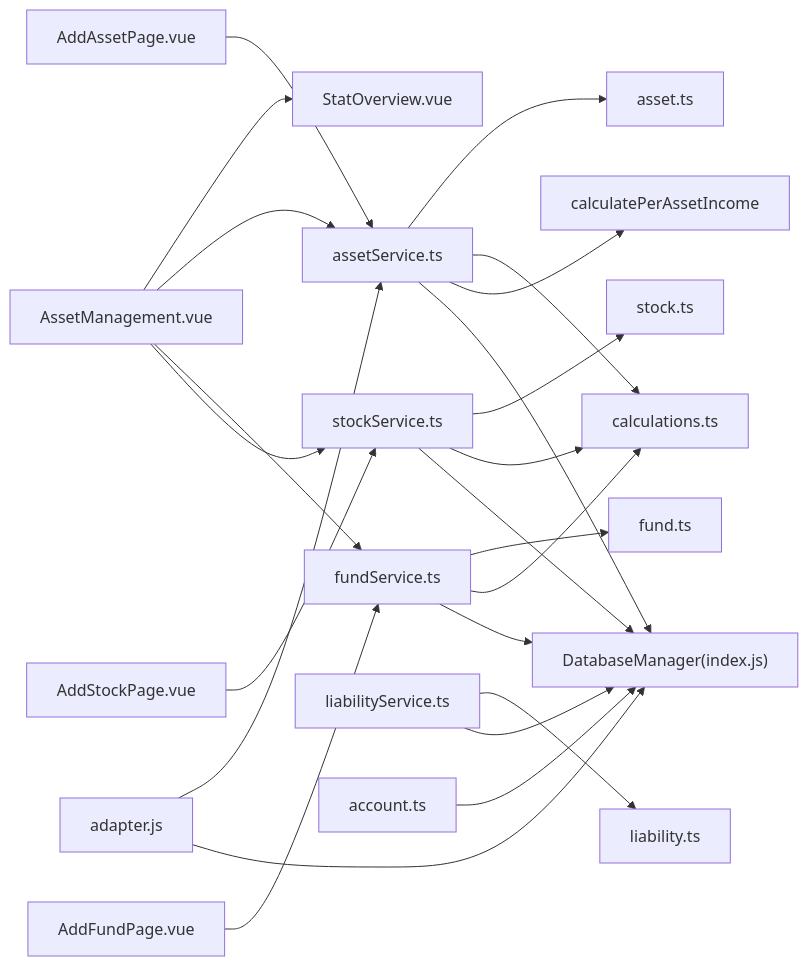
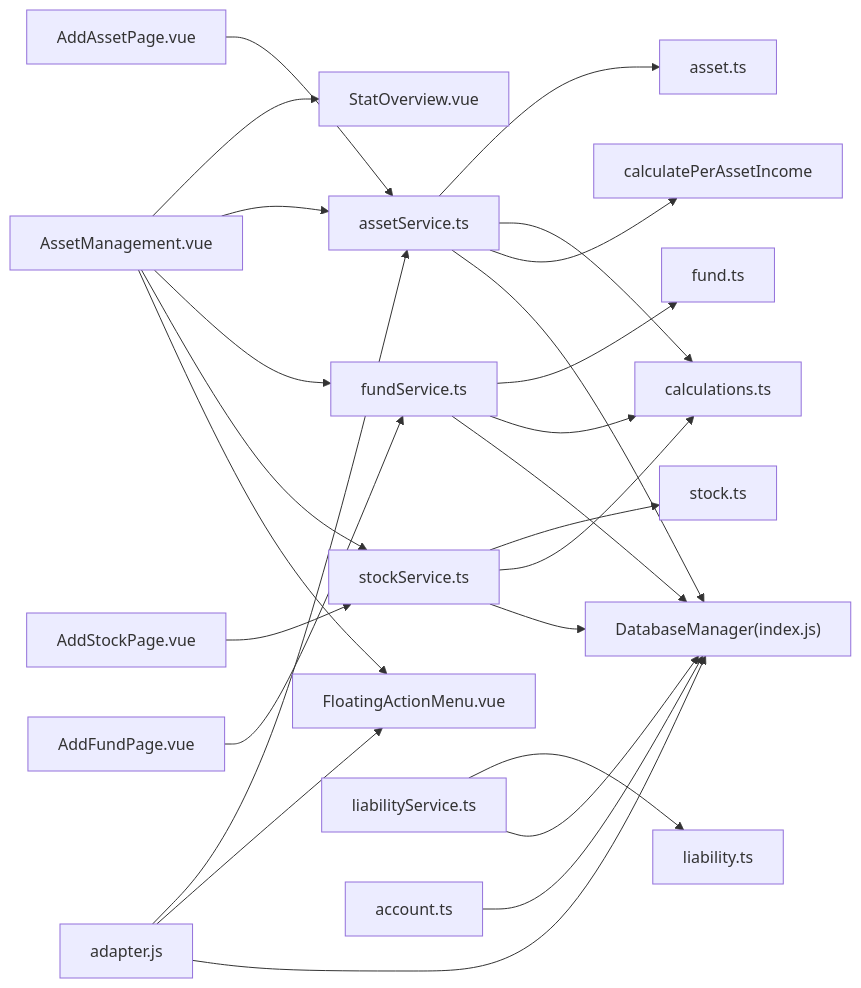
One commit to xiao-lin-unit/yuan changed diagram 14 of 14 in .qoder/repowiki/zh/content/资产管理/资产管理.md. Above: the diagram before and after it, drawn with Mermaid. The commit also changed other lines of this file and 13 other files, not shown here.

````diff
--- a/.qoder/repowiki/zh/content/资产管理/资产管理.md
+++ b/.qoder/repowiki/zh/content/资产管理/资产管理.md
@@ -613,25 +676,27 @@
 ```mermaid
 graph LR
 AM["AssetManagement.vue"] --> SO["StatOverview.vue"]
 AM --> AS["assetService.ts"]
 AM --> FS["fundService.ts"]
 AM --> SS["stockService.ts"]
+AM --> FAM["FloatingActionMenu.vue"]
 AAS["AddAssetPage.vue"] --> AS
 ADP["AssetDetailPage.vue"] --> AS
+ADP --> FAM
 ASP["AddStockPage.vue"] --> SS
 AFP["AddFundPage.vue"] --> FS
 AS --> AT["asset.ts"]
 SS --> STT["stock.ts"]
 FS --> FT["fund.ts"]
 LS["liabilityService.ts"] --> LT["liability.ts"]
 AS --> CAL["calculations.ts"]
 AS --> ENDCAL["calculatePerAssetIncome"]
 SS --> CAL
 FS --> CAL
 AS --> DB["DatabaseManager(index.js)"]
 SS --> DB
 FS --> DB
 LS --> DB
 ACC["account.ts"] --> DB
 ADP["adapter.js"] --> DB
 ```
````
